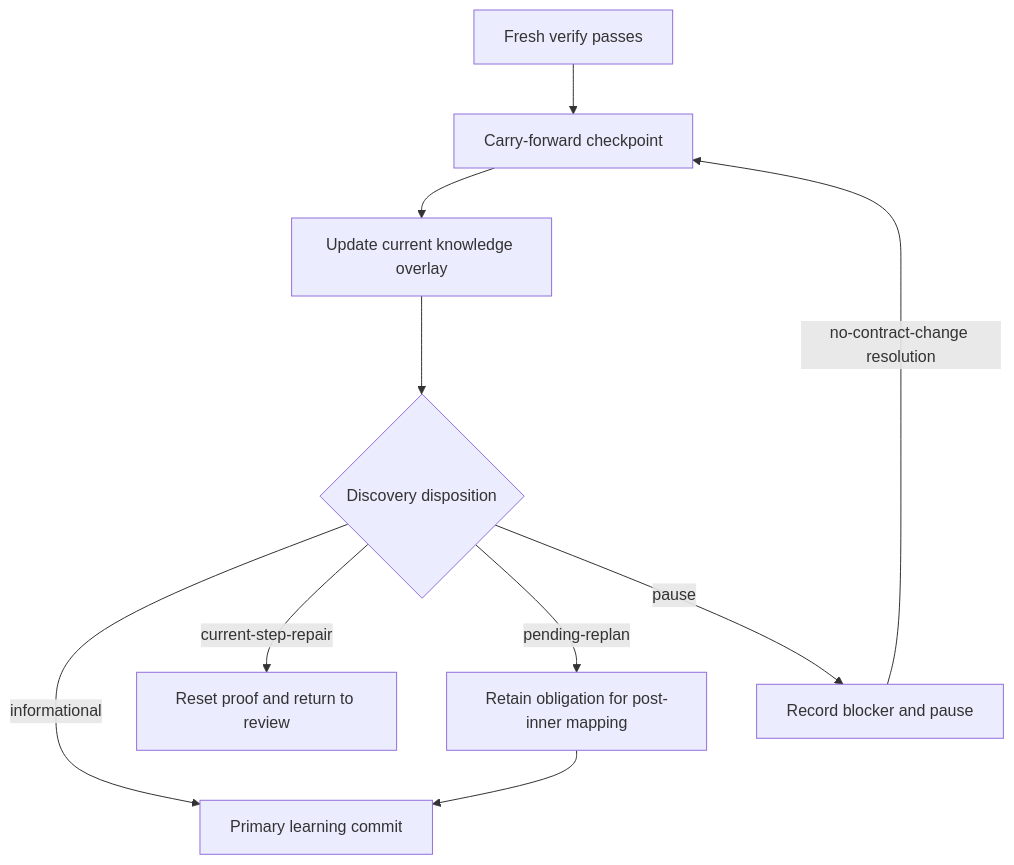
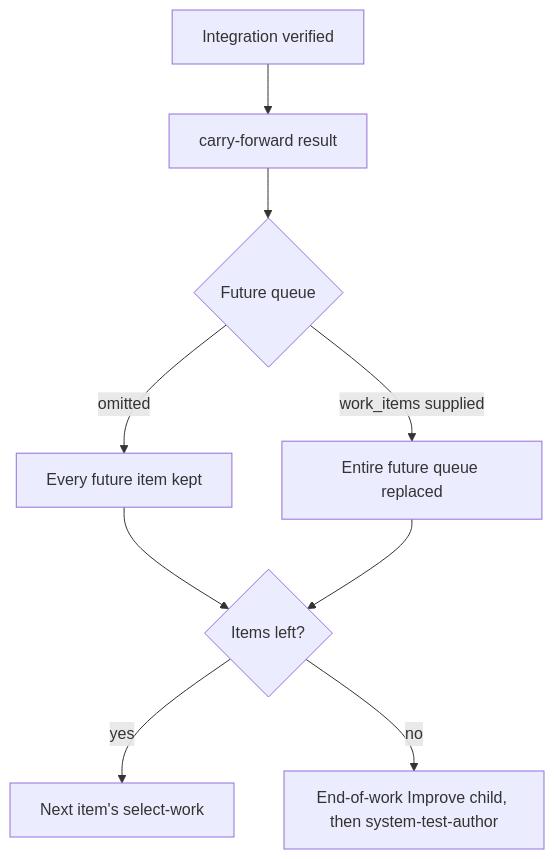
Before and after one commit to whichguy/skill-craft: the diagram in plugins/shiploop/skills/shiploop/references/carry-forward.md, drawn with Mermaid. The commit also changed other lines of this file and 405 other files, not shown here.

````diff
--- a/plugins/shiploop/skills/shiploop/references/carry-forward.md
+++ b/plugins/shiploop/skills/shiploop/references/carry-forward.md
@@ -9,12 +9,11 @@
 ```mermaid
 flowchart TD
-    V[Fresh verify passes] --> C[Carry-forward checkpoint]
-    C --> K[Update current knowledge overlay]
-    K --> D{Discovery disposition}
-    D -->|informational| M[Primary learning commit]
-    D -->|current-step-repair| R[Reset proof and return to review]
-    D -->|pending-replan| P[Retain obligation for post-inner mapping]
-    P --> M
-    D -->|pause| B[Record blocker and pause]
-    B -->|no-contract-change resolution| C
+    V[Integration verified] --> C[carry-forward result]
+    C --> Q{Future queue}
+    Q -->|omitted| K[Every future item kept]
+    Q -->|work_items supplied| R[Entire future queue replaced]
+    K --> N{Items left?}
+    R --> N
+    N -->|yes| S[Next item's select-work]
+    N -->|no| I[End-of-work Improve child, then system-test-author]
 ```
````
